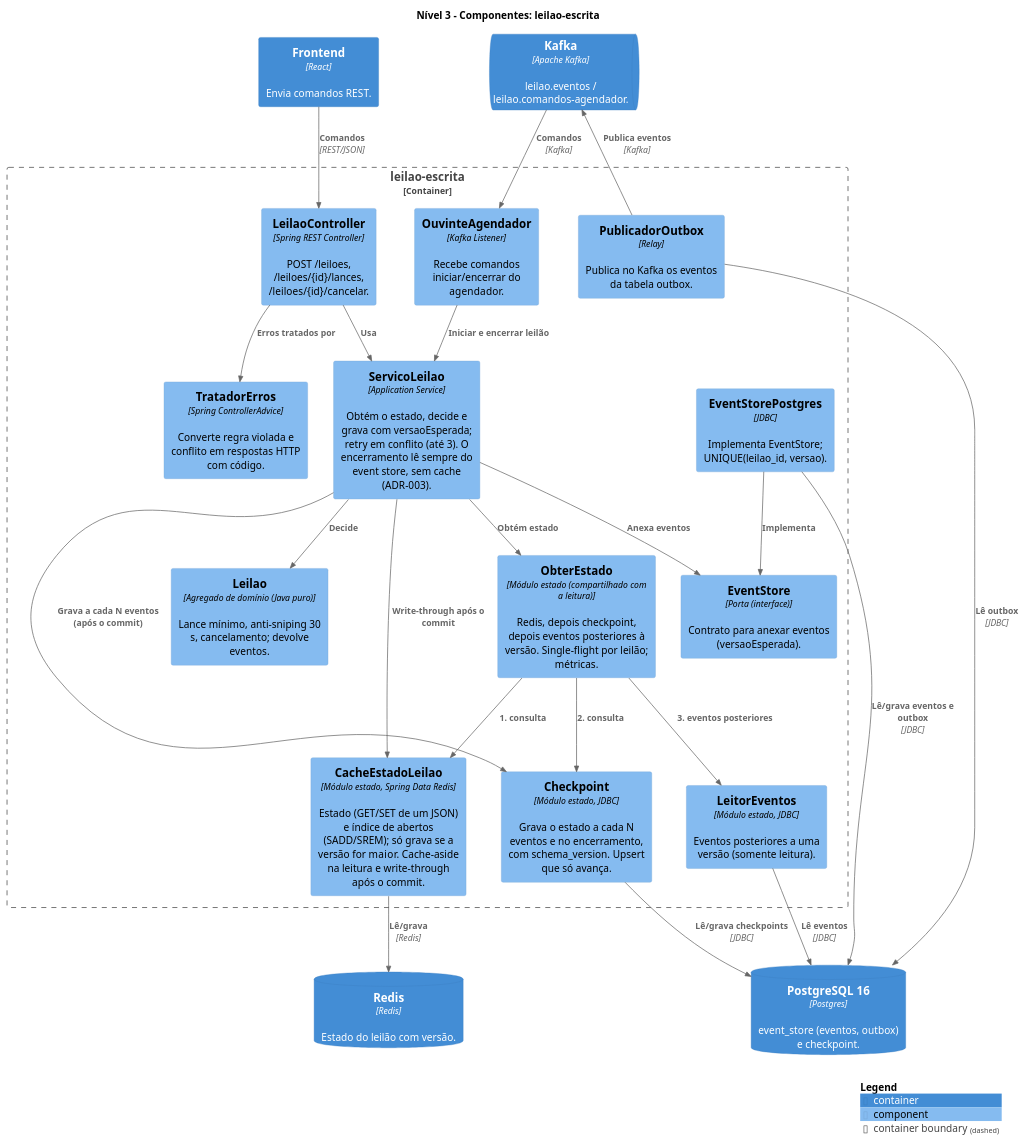
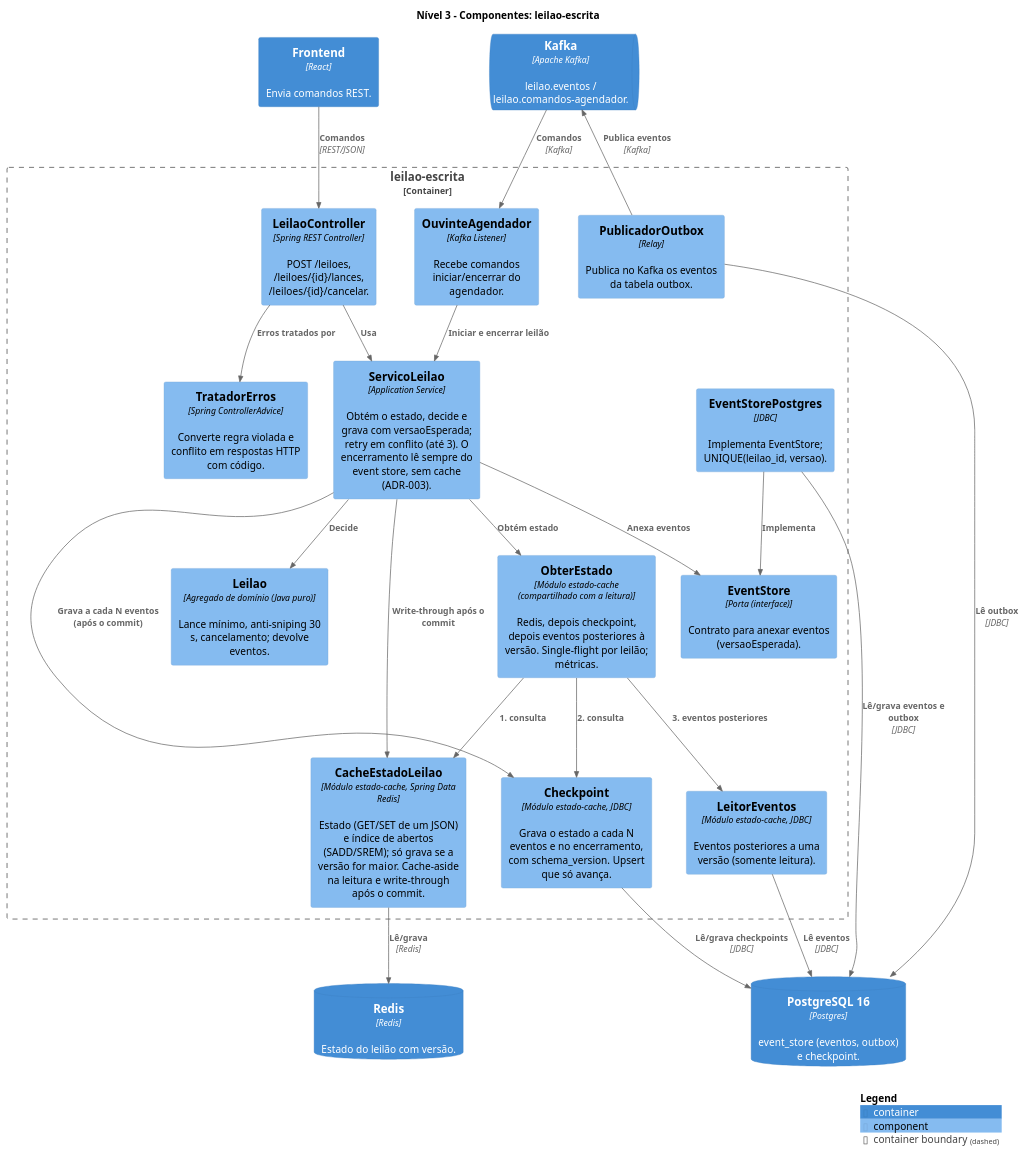
The diagram in docs/c4/3-componente-escrita/3-componente-escrita.puml (Rhuan-aa/online_auction), drawn with PlantUML before and after one commit. The commit also changed 42 other files, not shown here.

Commit message:
refactor(estado): separa o estado derivado (estado) do cache e checkpoint (estado-cache)

```diff
--- a/docs/c4/3-componente-escrita/3-componente-escrita.puml
+++ b/docs/c4/3-componente-escrita/3-componente-escrita.puml
@@ -1,48 +1,48 @@
 @startuml 3-componente-escrita
 !include https://raw.githubusercontent.com/plantuml-stdlib/C4-PlantUML/master/C4_Component.puml
 
 title Nível 3 – Componentes: leilao-escrita
 
 ContainerDb(postgres, "PostgreSQL 16", "Postgres", "event_store (eventos, outbox) e checkpoint.")
 ContainerDb(redis, "Redis", "Redis", "Estado do leilão com versão.")
 ContainerQueue(kafka, "Kafka", "Apache Kafka", "leilao.eventos / leilao.comandos-agendador.")
 Container(front, "Frontend", "React", "Envia comandos REST.")
 
 Container_Boundary(escrita, "leilao-escrita") {
   Component(controller, "LeilaoController", "Spring REST Controller", "POST /leiloes, /leiloes/{id}/lances, /leiloes/{id}/cancelar.")
   Component(erros, "TratadorErros", "Spring ControllerAdvice", "Converte regra violada e conflito em respostas HTTP com código.")
   Component(ouvinte, "OuvinteAgendador", "Kafka Listener", "Recebe comandos iniciar/encerrar do agendador.")
   Component(servico, "ServicoLeilao", "Application Service", "Obtém o estado, decide e grava com versaoEsperada; retry em conflito (até 3). O encerramento lê sempre do event store, sem cache (ADR-003).")
-  Component(obter, "ObterEstado", "Módulo estado (compartilhado com a leitura)", "Redis, depois checkpoint, depois eventos posteriores à versão. Single-flight por leilão; métricas.")
+  Component(obter, "ObterEstado", "Módulo estado-cache (compartilhado com a leitura)", "Redis, depois checkpoint, depois eventos posteriores à versão. Single-flight por leilão; métricas.")
   Component(porta, "EventStore", "Porta (interface)", "Contrato para anexar eventos (versaoEsperada).")
-  Component(leitor, "LeitorEventos", "Módulo estado, JDBC", "Eventos posteriores a uma versão (somente leitura).")
+  Component(leitor, "LeitorEventos", "Módulo estado-cache, JDBC", "Eventos posteriores a uma versão (somente leitura).")
   Component(dominio, "Leilao", "Agregado de domínio (Java puro)", "Lance mínimo, anti-sniping 30 s, cancelamento; devolve eventos.")
   Component(storepg, "EventStorePostgres", "JDBC", "Implementa EventStore; UNIQUE(leilao_id, versao).")
   Component(outbox, "PublicadorOutbox", "Relay", "Publica no Kafka os eventos da tabela outbox.")
-  Component(checkpoint, "Checkpoint", "Módulo estado, JDBC", "Grava o estado a cada N eventos e no encerramento, com schema_version. Upsert que só avança.")
-  Component(cache, "CacheEstadoLeilao", "Módulo estado, Spring Data Redis", "Estado (GET/SET de um JSON) e índice de abertos (SADD/SREM); só grava se a versão for maior. Cache-aside na leitura e write-through após o commit.")
+  Component(checkpoint, "Checkpoint", "Módulo estado-cache, JDBC", "Grava o estado a cada N eventos e no encerramento, com schema_version. Upsert que só avança.")
+  Component(cache, "CacheEstadoLeilao", "Módulo estado-cache, Spring Data Redis", "Estado (GET/SET de um JSON) e índice de abertos (SADD/SREM); só grava se a versão for maior. Cache-aside na leitura e write-through após o commit.")
 }
 
 Rel(front, controller, "Comandos", "REST/JSON")
 Rel(controller, servico, "Usa")
 Rel(controller, erros, "Erros tratados por")
 Rel(kafka, ouvinte, "Comandos", "Kafka")
 Rel(ouvinte, servico, "Iniciar e encerrar leilão")
 Rel(servico, obter, "Obtém estado")
 Rel(servico, dominio, "Decide")
 Rel(servico, porta, "Anexa eventos")
 Rel(obter, cache, "1. consulta")
 Rel(obter, checkpoint, "2. consulta")
 Rel(obter, leitor, "3. eventos posteriores")
 Rel(servico, cache, "Write-through após o commit")
 Rel(servico, checkpoint, "Grava a cada N eventos (após o commit)")
 Rel(storepg, porta, "Implementa")
 Rel(storepg, postgres, "Lê/grava eventos e outbox", "JDBC")
 Rel(checkpoint, postgres, "Lê/grava checkpoints", "JDBC")
 Rel(leitor, postgres, "Lê eventos", "JDBC")
 Rel(cache, redis, "Lê/grava", "Redis")
 Rel(outbox, postgres, "Lê outbox", "JDBC")
 Rel(outbox, kafka, "Publica eventos", "Kafka")
 
 SHOW_LEGEND()
 @enduml
```
